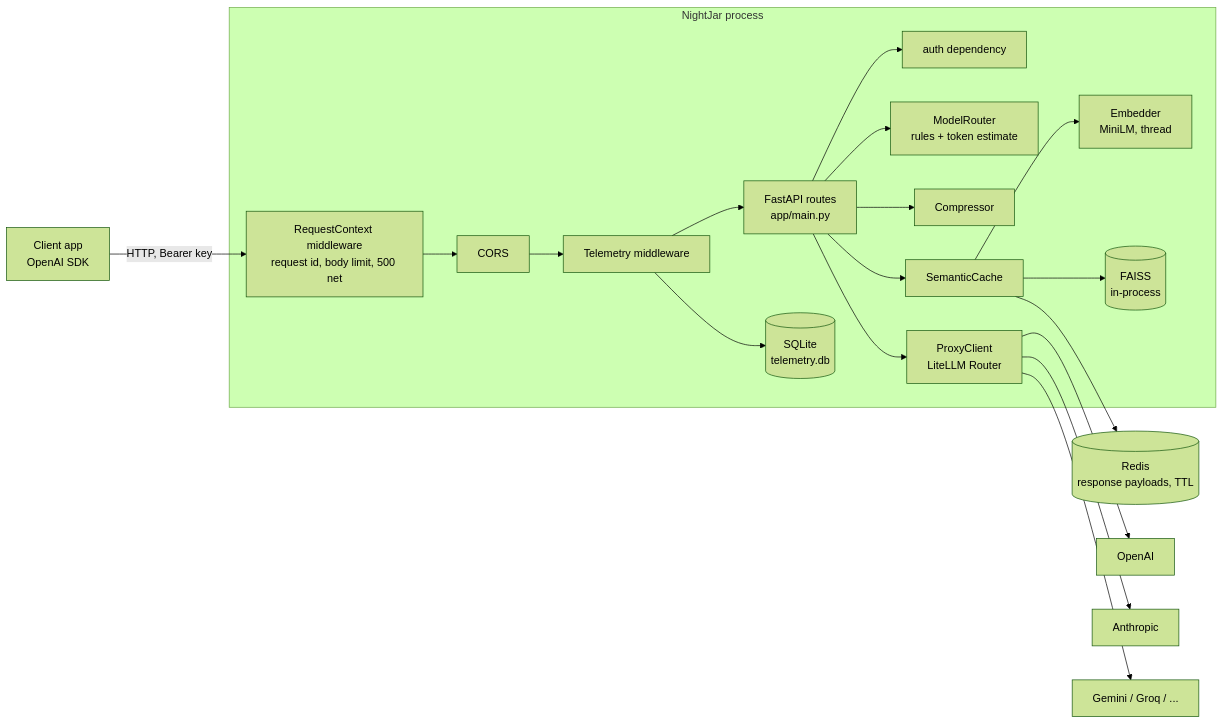
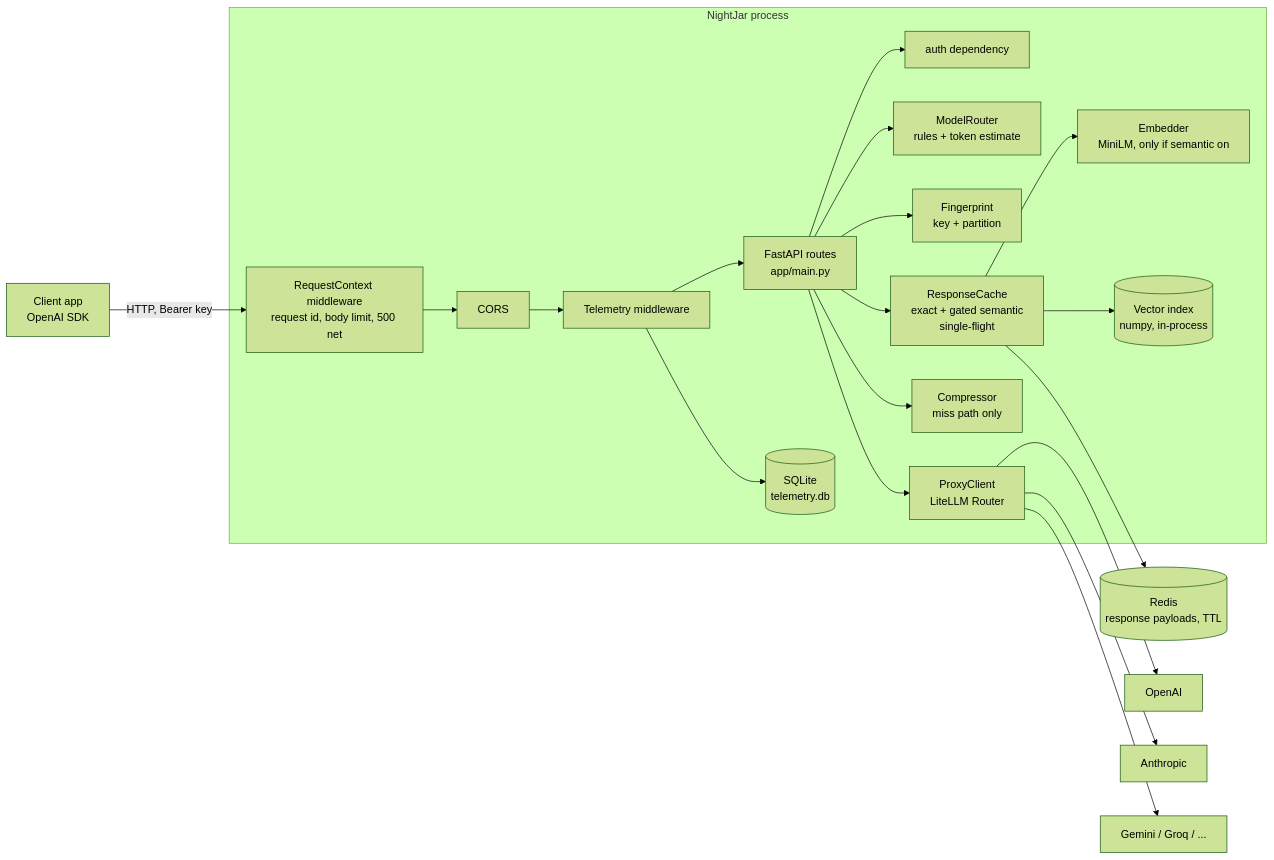
The diagram in docs/architecture/SYSTEM_DESIGN.md (Ayush-o1/NightJar), drawn with Mermaid (forest theme) before and after one commit. The commit also changed other lines of this file and 38 other files, not shown here.

````diff
--- a/docs/architecture/SYSTEM_DESIGN.md
+++ b/docs/architecture/SYSTEM_DESIGN.md
@@ -5,22 +5,23 @@
 ```mermaid
 flowchart LR
     App[Client app<br/>OpenAI SDK] -->|HTTP, Bearer key| MW
 
     subgraph NightJar process
       MW[RequestContext middleware<br/>request id, body limit, 500 net] --> CORS[CORS] --> TEL[Telemetry middleware]
       TEL --> API[FastAPI routes<br/>app/main.py]
       API --> AUTH[auth dependency]
       API --> ROUTER[ModelRouter<br/>rules + token estimate]
-      API --> COMP[Compressor]
-      API --> CACHE[SemanticCache]
-      CACHE --> EMB[Embedder<br/>MiniLM, thread]
-      CACHE --> FAISS[(FAISS<br/>in-process)]
+      API --> FP[Fingerprint<br/>key + partition]
+      API --> CACHE[ResponseCache<br/>exact + gated semantic<br/>single-flight]
+      API --> COMP[Compressor<br/>miss path only]
+      CACHE --> EMB[Embedder<br/>MiniLM, only if semantic on]
+      CACHE --> VEC[(Vector index<br/>numpy, in-process)]
       API --> PROXY[ProxyClient<br/>LiteLLM Router]
       TEL --> SQLITE[(SQLite<br/>telemetry.db)]
     end
 
     CACHE --> REDIS[(Redis<br/>response payloads, TTL)]
     PROXY --> P1[OpenAI]
     PROXY --> P2[Anthropic]
     PROXY --> P3[Gemini / Groq / ...]
 ```
````
